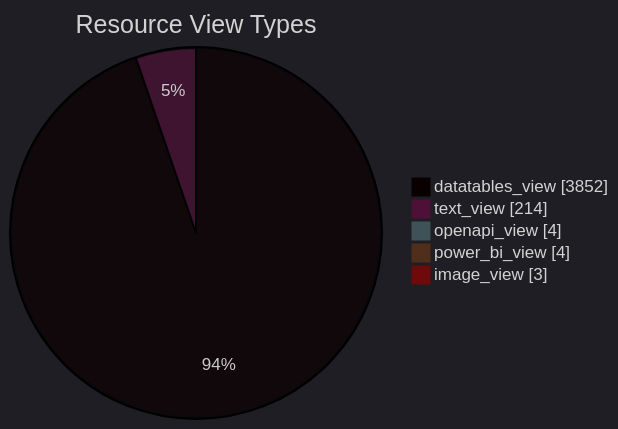
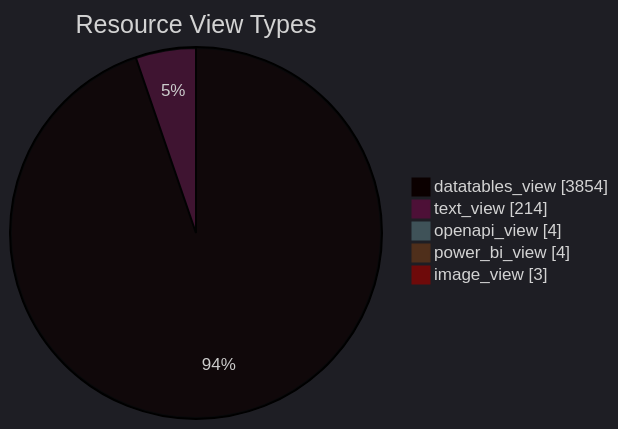
Before and after one commit to open-data/analytics-corporate-reporting: the diagram in datastore_tracker/resource_view_types_pie_chart.md, drawn with Mermaid. The commit also changed 10 other files, not shown here.

````diff
--- a/datastore_tracker/resource_view_types_pie_chart.md
+++ b/datastore_tracker/resource_view_types_pie_chart.md
@@ -2,12 +2,12 @@
 ```mermaid
 ---
 config:
   theme: dark
 ---
 pie showData title Resource View Types
-    "datatables_view": 3852
+    "datatables_view": 3854
     "text_view": 214
     "openapi_view": 4
     "power_bi_view": 4
     "image_view": 3
 ```
````
